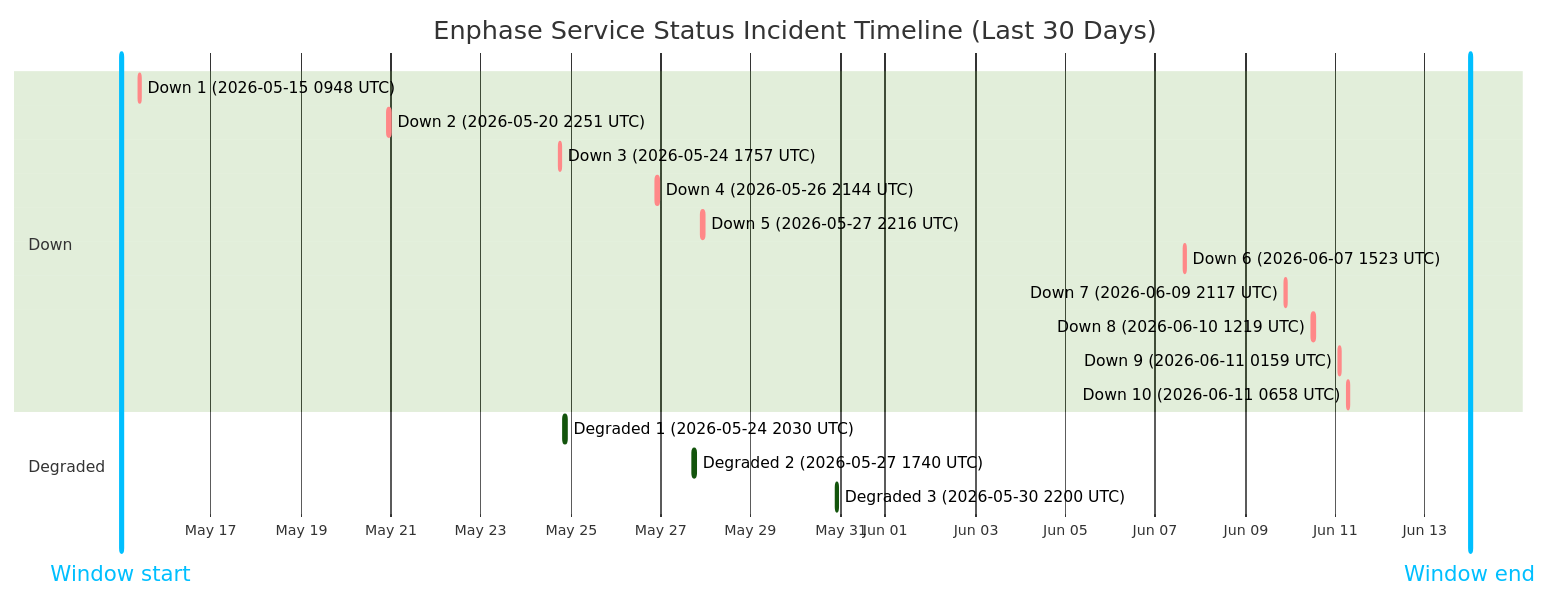
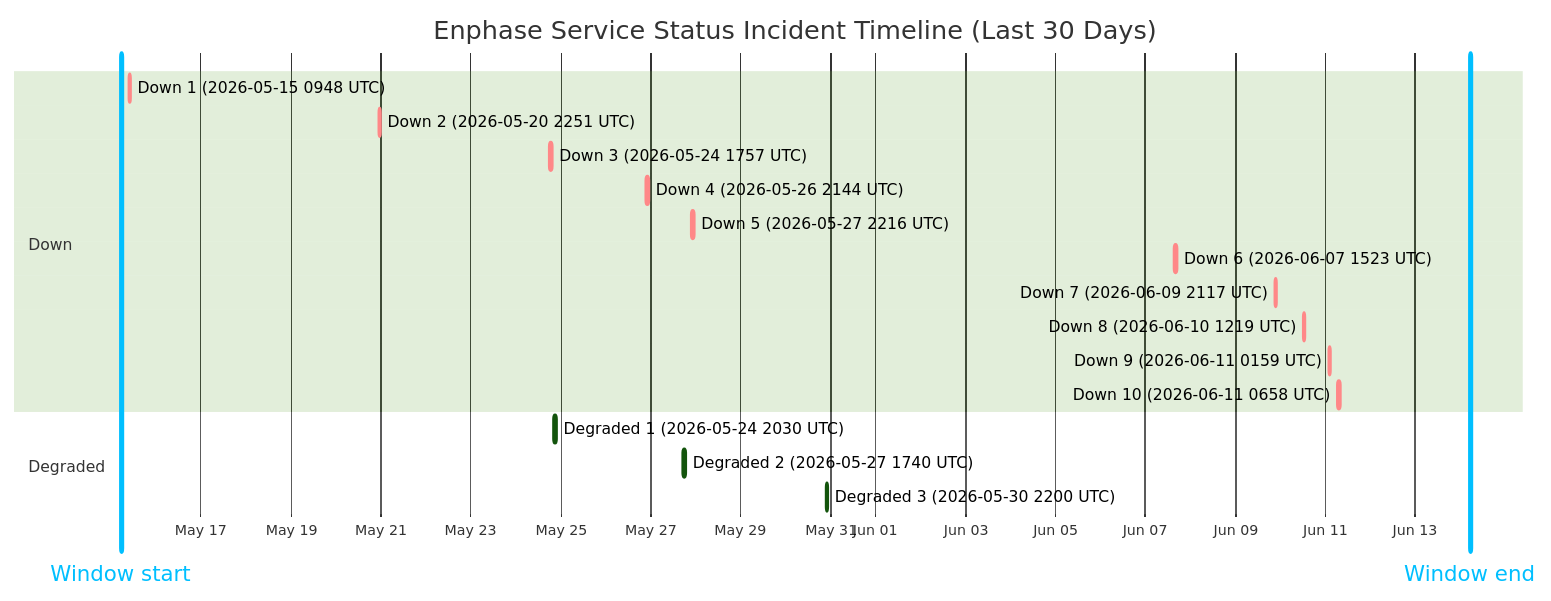
One commit to barneyonline/ha-enphase-energy changed the diagram in wiki/Service-Status-History.md. Above: the diagram before and after it, drawn with Mermaid (forest theme). The commit also changed other lines of this file and 3 other files, not shown here.

````diff
--- a/wiki/Service-Status-History.md
+++ b/wiki/Service-Status-History.md
@@ -14,23 +14,23 @@
 ```mermaid
 gantt
     title Enphase Service Status Incident Timeline (Last 30 Days)
     dateFormat  YYYY-MM-DDTHH:mm:ss
     axisFormat  %b %d
-    Window start :vert, window-start, 2026-05-15T00:05:11, 0ms
-    Window end :vert, window-end, 2026-06-14T00:05:11, 0ms
+    Window start :vert, window-start, 2026-05-15T05:15:22, 0ms
+    Window end :vert, window-end, 2026-06-14T05:15:22, 0ms
     section Down
     Down 1 (2026-05-15 0948 UTC) :crit, down-1, 2026-05-15T09:48:18, 60m
     Down 2 (2026-05-20 2251 UTC) :crit, down-2, 2026-05-20T22:51:14, 75m
     Down 3 (2026-05-24 1757 UTC) :crit, down-3, 2026-05-24T17:57:41, 86m
     Down 4 (2026-05-26 2144 UTC) :crit, down-4, 2026-05-26T21:44:11, 85m
     Down 5 (2026-05-27 2216 UTC) :crit, down-5, 2026-05-27T22:16:53, 87m
     Down 6 (2026-06-07 1523 UTC) :crit, down-6, 2026-06-07T15:23:22, 87m
     Down 7 (2026-06-09 2117 UTC) :crit, down-7, 2026-06-09T21:17:17, 60m
     Down 8 (2026-06-10 1219 UTC) :crit, down-8, 2026-06-10T12:19:21, 60m
     Down 9 (2026-06-11 0159 UTC) :crit, down-9, 2026-06-11T01:59:36, 60m
     Down 10 (2026-06-11 0658 UTC) :crit, down-10, 2026-06-11T06:58:45, 60m
     section Degraded
     Degraded 1 (2026-05-24 2030 UTC) :active, degraded-1, 2026-05-24T20:30:57, 84m
     Degraded 2 (2026-05-27 1740 UTC) :active, degraded-2, 2026-05-27T17:40:52, 60m
     Degraded 3 (2026-05-30 2200 UTC) :active, degraded-3, 2026-05-30T22:00:37, 60m
 ```
````
